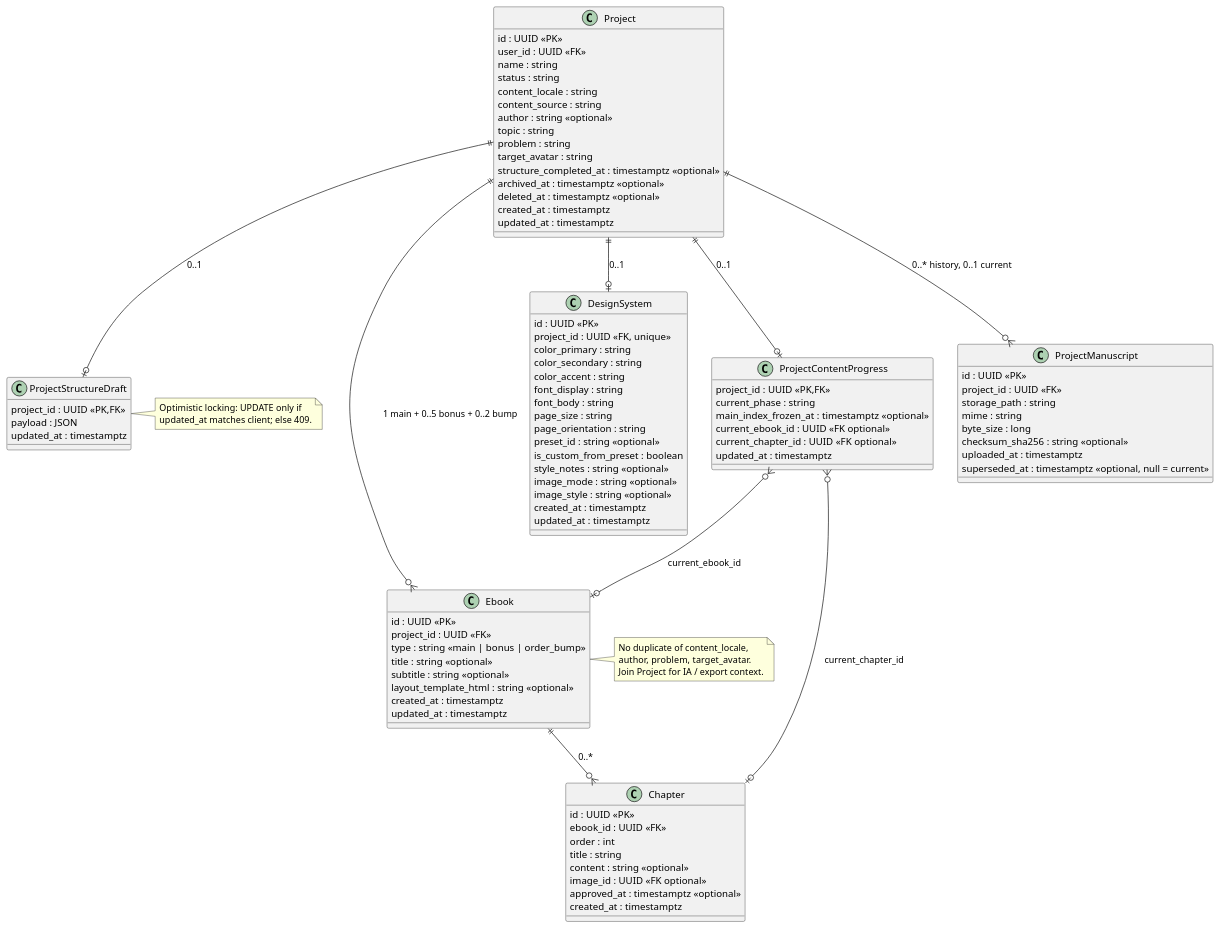
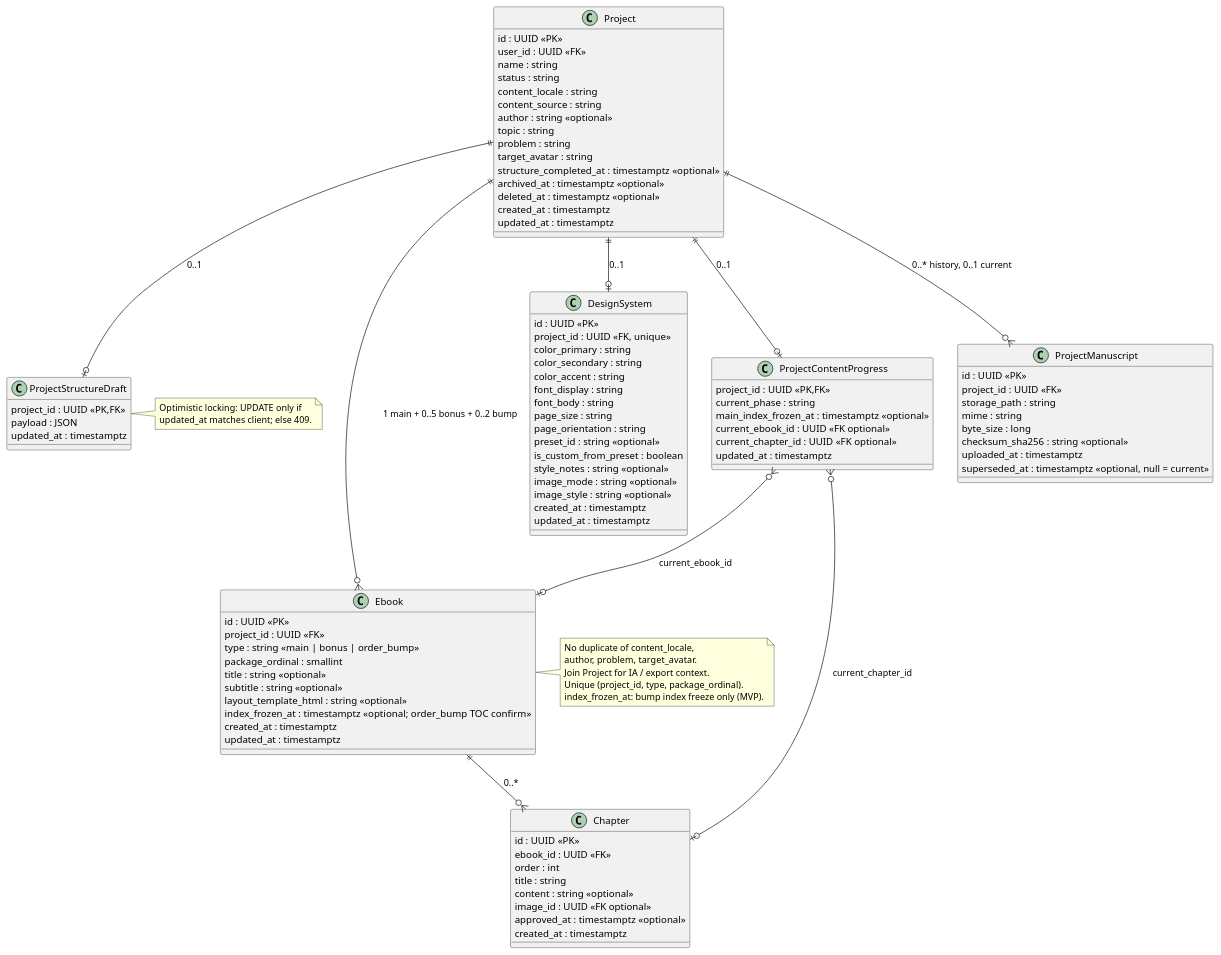
The second of 2 diagrams in docs/architecture/project-ebook-data-model.md (Digital-Craft-AR/OBRA_APP), drawn with PlantUML before and after one commit. The commit also changed other lines of this file and 19 other files, not shown here.

First line of the commit message:
feat(content): package TOC parity, migrations, docs, and project create fix

```diff
--- a/docs/architecture/project-ebook-data-model.md
+++ b/docs/architecture/project-ebook-data-model.md
@@ -186,9 +194,11 @@
   id : UUID <<PK>>
   project_id : UUID <<FK>>
   type : string <<main | bonus | order_bump>>
+  package_ordinal : smallint
   title : string <<optional>>
   subtitle : string <<optional>>
   layout_template_html : string <<optional>>
+  index_frozen_at : timestamptz <<optional; order_bump TOC confirm>>
   created_at : timestamptz
   updated_at : timestamptz
 }
@@ -237,6 +247,8 @@
   No duplicate of content_locale,
   author, problem, target_avatar.
   Join Project for IA / export context.
+  Unique (project_id, type, package_ordinal).
+  index_frozen_at: bump index freeze only (MVP).
 end note
 
 @enduml
```
